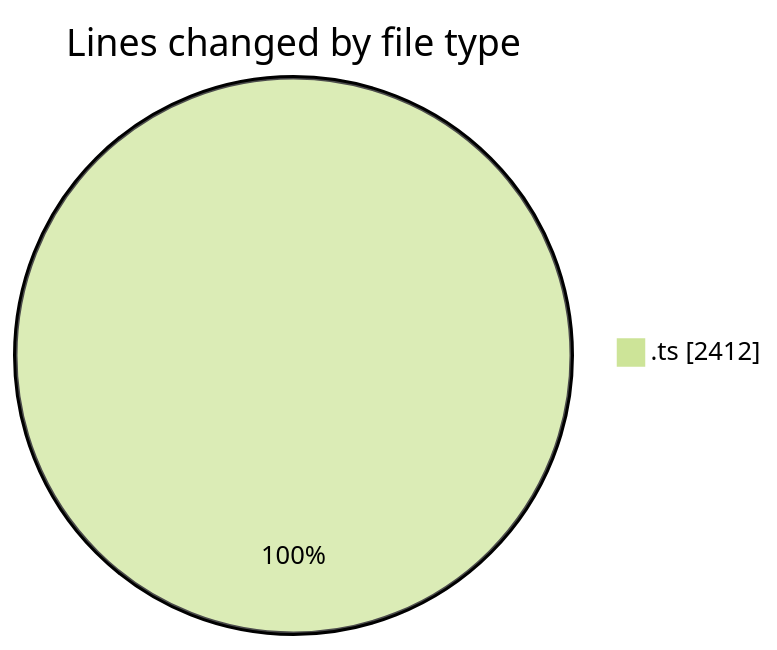
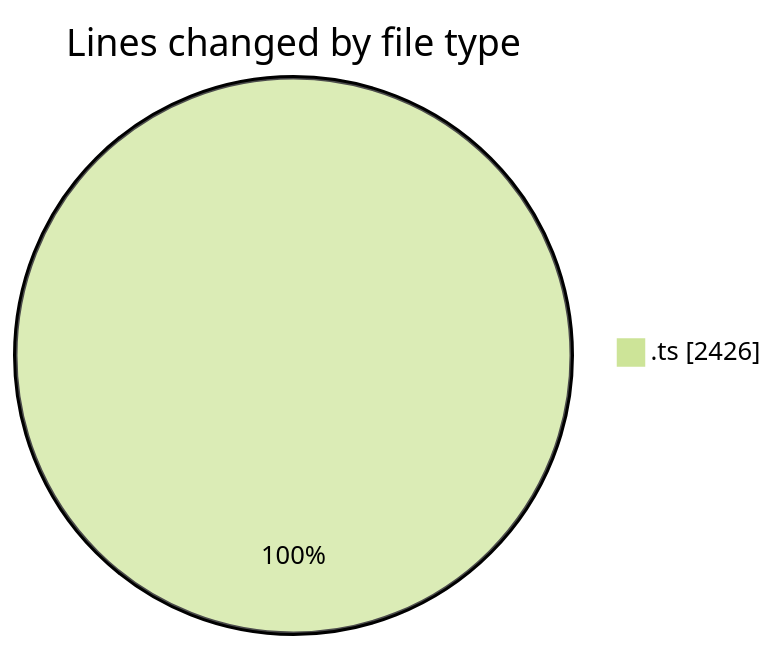
Before and after one commit to tmsrecording-cyber/code-tracking: the first of 2 diagrams in 2026-02-07/singularitybrainai/README.md, drawn with Mermaid (forest theme). The commit also changed other lines of this file and 1 other file, not shown here.

````diff
--- a/2026-02-07/singularitybrainai/README.md
+++ b/2026-02-07/singularitybrainai/README.md
@@ -23,5 +23,5 @@
 ```mermaid
 pie showData
 title Lines changed by file type
-".ts" : 2412
+".ts" : 2426
 ```
````
